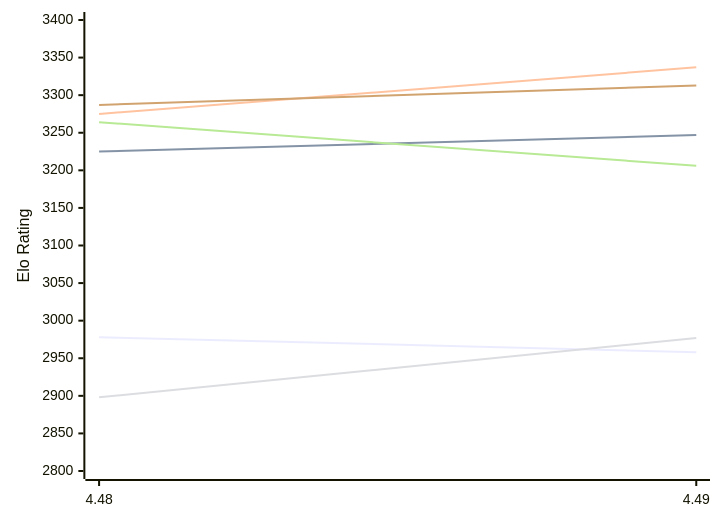
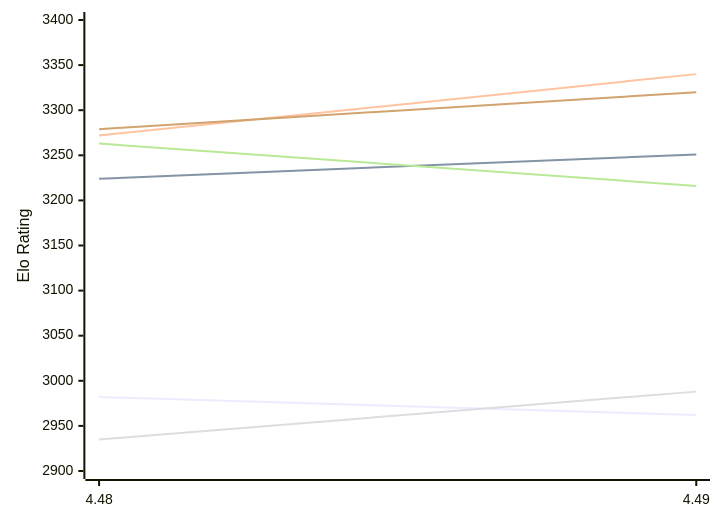
Before and after one commit to computer-chess-index/cci: the first of 2 diagrams in engines/Cheng4.md, drawn with Mermaid. The commit also changed other lines of this file, not shown here.

Commit message:
Update CCI Ratings (ELO VLTC) - 2026-11-25

````diff
--- a/engines/Cheng4.md
+++ b/engines/Cheng4.md
@@ -50,12 +50,12 @@
 ```mermaid
 %%{init: {"theme":"base","themeVariables":{"seriesColors:['#a3a3a3','#222221','#faa371']}}}%%
 xychart-beta
   x-axis ["4.48", "4.49"]
-  y-axis "Elo Rating" 2800 --> 3400
-  line "E1: STC (8.0+0.08s)" [2978, 2958]
-  line "E1: LTC (60.0+0.60s)" [3225, 3247]
-  line "E1: VLTC (2m24s+1.12s)" [3275, 3337]
-  line "P1: STC (8.0+0.08s)" [2898, 2977]
-  line "P1: LTC (60.0+0.60s)" [3264, 3206]
-  line "P1: VLTC (2m24s+1.12s)" [3287, 3313]
+  y-axis "Elo Rating" 2900 --> 3400
+  line "E1: STC (8.0+0.08s)" [2982, 2962]
+  line "E1: LTC (60.0+0.60s)" [3224, 3251]
+  line "E1: VLTC (2m24s+1.12s)" [3272, 3340]
+  line "P1: STC (8.0+0.08s)" [2935, 2988]
+  line "P1: LTC (60.0+0.60s)" [3263, 3216]
+  line "P1: VLTC (2m24s+1.12s)" [3279, 3320]
 ```
````
